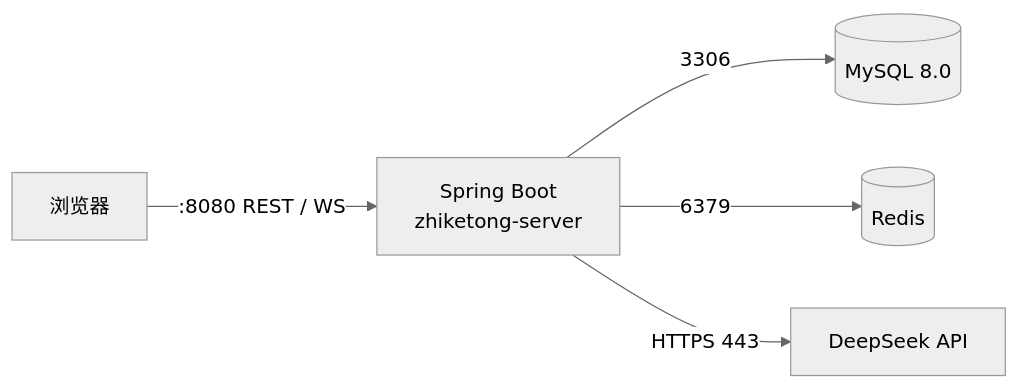
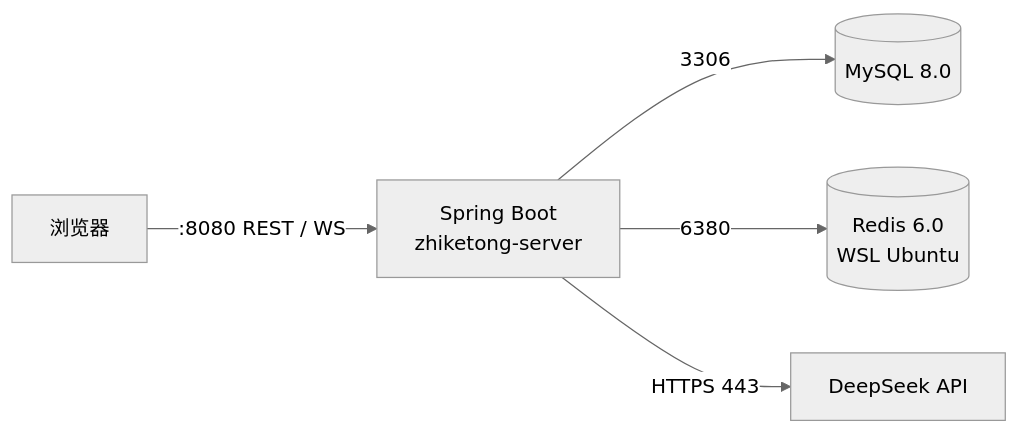
The second of 4 diagrams in 项目开发文档.md (ABUGG-007/zhiketong), drawn with Mermaid (neutral theme) before and after one commit. The commit also changed other lines of this file and 2 other files, not shown here.

Commit message:
chore(redis): 切换到 WSL Ubuntu-22.04 Redis 6.0（127.0.0.1:6380）

````diff
--- a/项目开发文档.md
+++ b/项目开发文档.md
@@ -324,7 +324,7 @@
 ```mermaid
 flowchart LR
     Browser[浏览器] -->|:8080 REST / WS| App[Spring Boot<br/>zhiketong-server]
     App -->|3306| MySQL[(MySQL 8.0)]
-    App -->|6379| Redis[(Redis)]
+    App -->|6380| Redis[(Redis 6.0<br/>WSL Ubuntu)]
     App -->|HTTPS 443| LLM[DeepSeek API]
 ```
````
